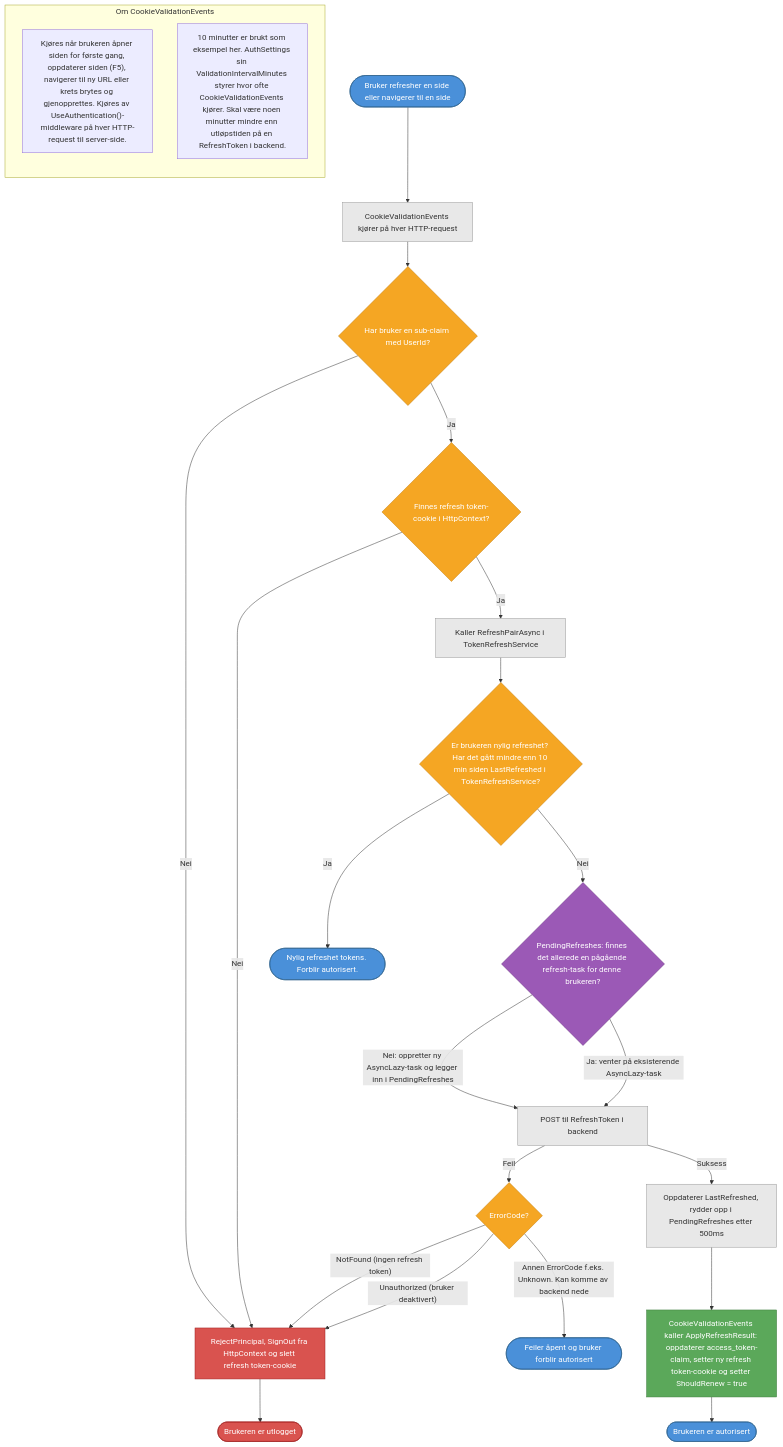
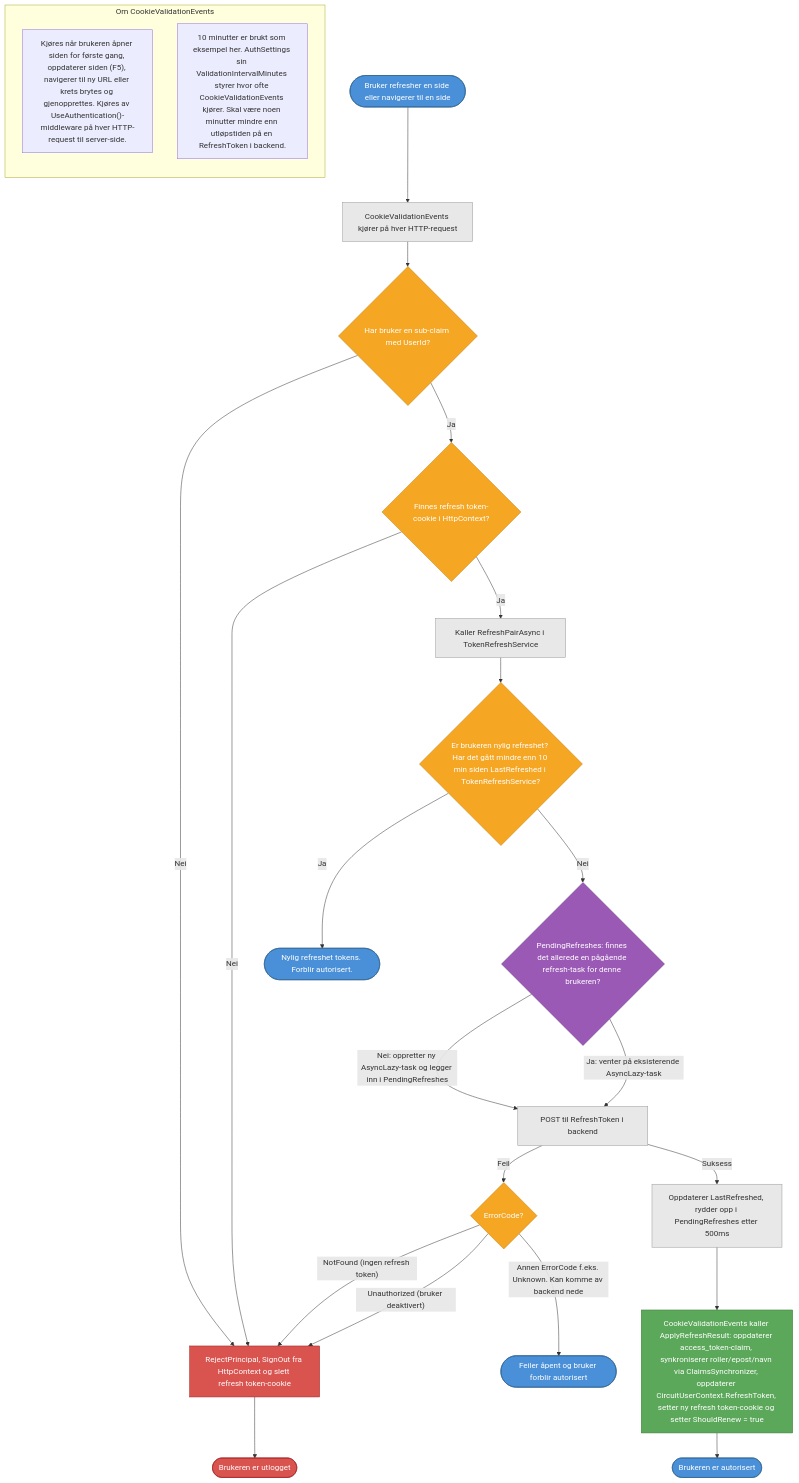
Before and after one commit to Aliman00/CompVault: the diagram in docs/flytdiagram/Frontend/CookieValidationEvent.mmd, drawn with Mermaid. The commit also changed 7 other files, not shown here.

Commit message:
feat: diagrammer er oppdatert og tester er ferdig

```diff
--- a/docs/flytdiagram/Frontend/CookieValidationEvent.mmd
+++ b/docs/flytdiagram/Frontend/CookieValidationEvent.mmd
@@ -1,49 +1,49 @@
 flowchart TB
     subgraph NOTE1["Om CookieValidationEvents"]
     direction TB
     note1["Kjøres når brukeren åpner siden for første gang, oppdaterer siden (F5), navigerer til ny URL eller krets brytes og gjenopprettes. Kjøres av UseAuthentication()-middleware på hver HTTP-request til server-side."]:::note
     note2["10 minutter er brukt som eksempel her. AuthSettings sin ValidationIntervalMinutes styrer hvor ofte CookieValidationEvents kjører. Skal være noen minutter mindre enn utløpstiden på en RefreshToken i backend."]:::note
     end
 
     A(["Bruker refresher en side eller navigerer til en side"]) --> B["CookieValidationEvents kjører på hver HTTP-request"]
     B --> C{"Har bruker en sub-claim med UserId?"}
     C -- Nei --> F["RejectPrincipal, SignOut fra HttpContext og slett refresh token-cookie"]
     C -- Ja --> RC{"Finnes refresh token-cookie i HttpContext?"}
     RC -- Nei --> F
     RC -- Ja --> G["Kaller RefreshPairAsync i TokenRefreshService"]
     G --> H{"Er brukeren nylig refreshet? Har det gått mindre enn 10 min siden LastRefreshed i TokenRefreshService?"}
     H -- Ja --> N(["Nylig refreshet tokens. Forblir autorisert."])
     H -- Nei --> I{"PendingRefreshes: finnes det allerede en pågående refresh-task for denne brukeren?"}
     I -- "Nei: oppretter ny AsyncLazy-task og legger inn i PendingRefreshes" --> P["POST til RefreshToken i backend"]
     I -- "Ja: venter på eksisterende AsyncLazy-task" --> P
     P -- Feil --> L{"ErrorCode?"}
     L -- "NotFound (ingen refresh token)" --> F
     L -- "Unauthorized (bruker deaktivert)" --> F
     L -- "Annen ErrorCode f.eks. Unknown. Kan komme av backend nede" --> N2(["Feiler åpent og bruker forblir autorisert"])
     P -- Suksess --> S["Oppdaterer LastRefreshed, rydder opp i PendingRefreshes etter 500ms"]
-    S --> T["CookieValidationEvents kaller ApplyRefreshResult: oppdaterer access_token-claim, setter ny refresh token-cookie og setter ShouldRenew = true"]
+    S --> T["CookieValidationEvents kaller ApplyRefreshResult: oppdaterer access_token-claim, synkroniserer roller/epost/navn via ClaimsSynchronizer, oppdaterer CircuitUserContext.RefreshToken, setter ny refresh token-cookie og setter ShouldRenew = true"]
     T --> D(["Brukeren er autorisert"])
     F --> E(["Brukeren er utlogget"])
 
     A:::start
     B:::action
     C:::decision
     RC:::decision
     D:::start
     E:::failure
     F:::failure
     G:::action
     H:::decision
     I:::async
     P:::action
     S:::action
     T:::success
     L:::decision
     N:::start
     N2:::start
     classDef start fill:#4A90D9,stroke:#2C5F8A,color:#fff
     classDef success fill:#5BA85A,stroke:#3D7A3C,color:#fff
     classDef failure fill:#D9534F,stroke:#A02020,color:#fff
     classDef decision fill:#F5A623,stroke:#C47D0E,color:#fff
     classDef action fill:#E8E8E8,stroke:#999,color:#333
     classDef async fill:#9B59B6,stroke:#6C3483,color:#fff
```
